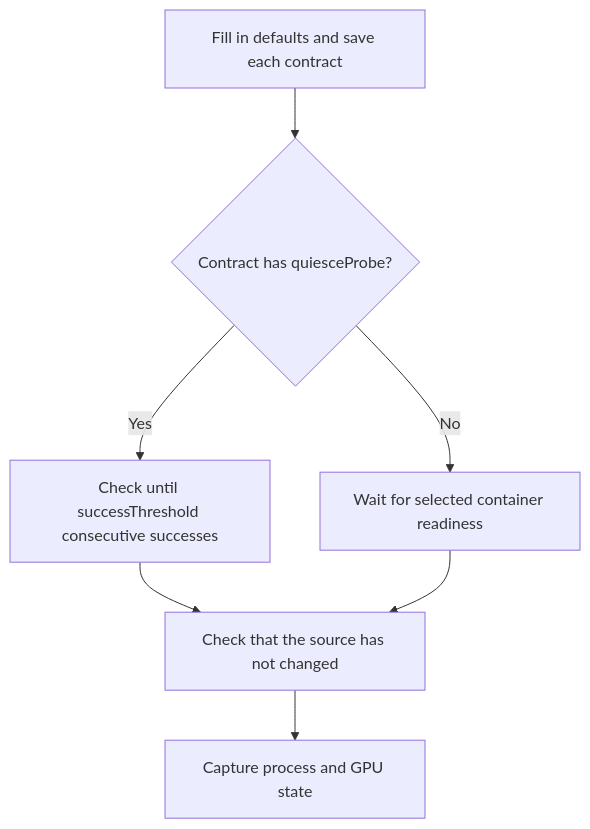
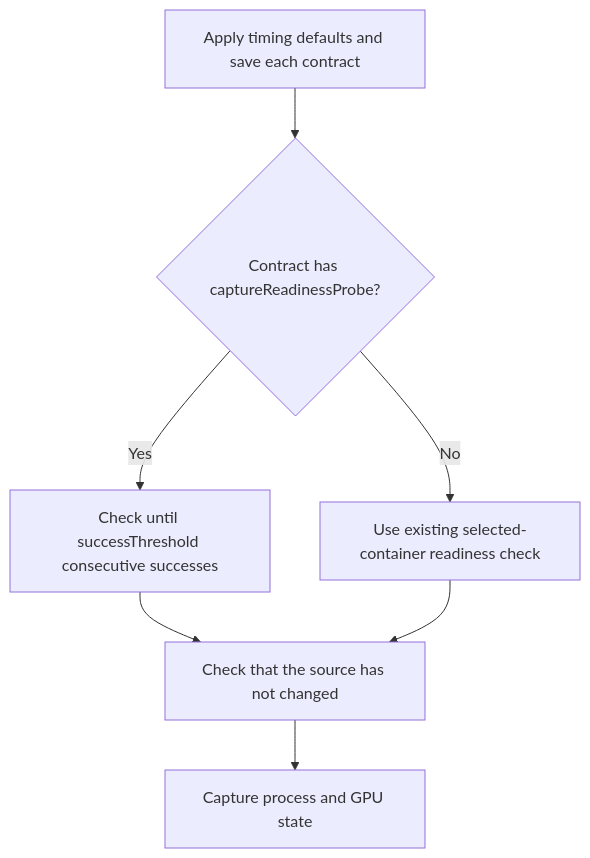
Before and after one commit to ai-dynamo/snapshot: the first of 2 diagrams in docs/proposals/411-application-lifecycle-hooks/README.md, drawn with Mermaid. The commit also changed other lines of this file, not shown here.

````diff
--- a/docs/proposals/411-application-lifecycle-hooks/README.md
+++ b/docs/proposals/411-application-lifecycle-hooks/README.md
@@ -359,9 +343,9 @@
 ```mermaid
 flowchart TD
-    A[Fill in defaults and save each contract] --> B{Contract has quiesceProbe?}
+    A[Apply timing defaults and save each contract] --> B{Contract has captureReadinessProbe?}
     B -->|Yes| C[Check until successThreshold consecutive successes]
-    B -->|No| D[Wait for selected container readiness]
+    B -->|No| D[Use existing selected-container readiness check]
     C --> E[Check that the source has not changed]
     D --> E
     E --> F[Capture process and GPU state]
 ```
````
